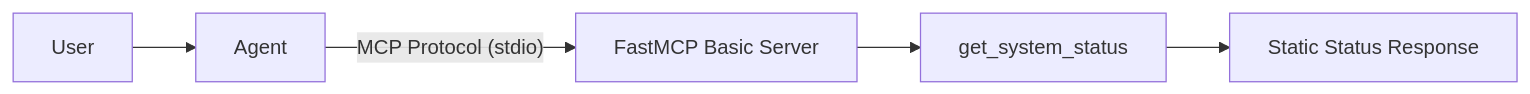
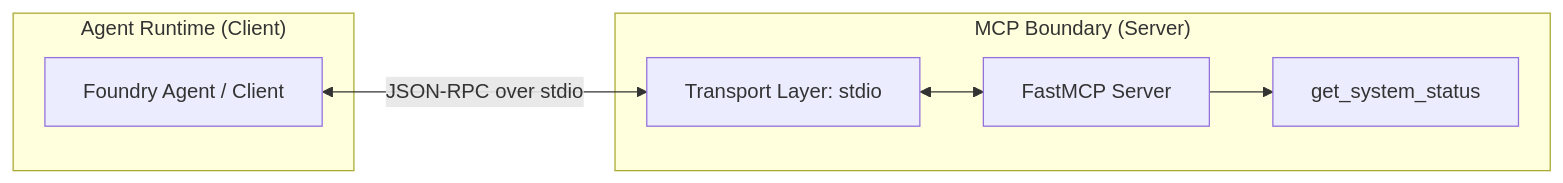
The diagram in building-blocks/mcp/fastmcp-basic-server/README.md (wildersa/azure_ref_kit), drawn with Mermaid before and after one commit. The commit also changed other lines of this file and 3 other files, not shown here.

First line of the commit message:
[MCP-001] Add FastMCP basic server reference (#100)

````diff
--- a/building-blocks/mcp/fastmcp-basic-server/README.md
+++ b/building-blocks/mcp/fastmcp-basic-server/README.md
@@ -10,7 +8,16 @@
 ```mermaid
 flowchart LR
-    User --> Agent
-    Agent -- MCP Protocol (stdio) --> MCP_Server[FastMCP Basic Server]
-    MCP_Server --> Tool[get_system_status]
-    Tool --> SystemStatus[Static Status Response]
+    subgraph "Agent Runtime (Client)"
+        Agent[Foundry Agent / Client]
+    end
+
+    subgraph "MCP Boundary (Server)"
+        Transport[Transport Layer: stdio]
+        Server[FastMCP Server]
+        Tool1[get_system_status]
+    end
+
+    Agent <-->|JSON-RPC over stdio| Transport
+    Transport <--> Server
+    Server --> Tool1
 ```
````
